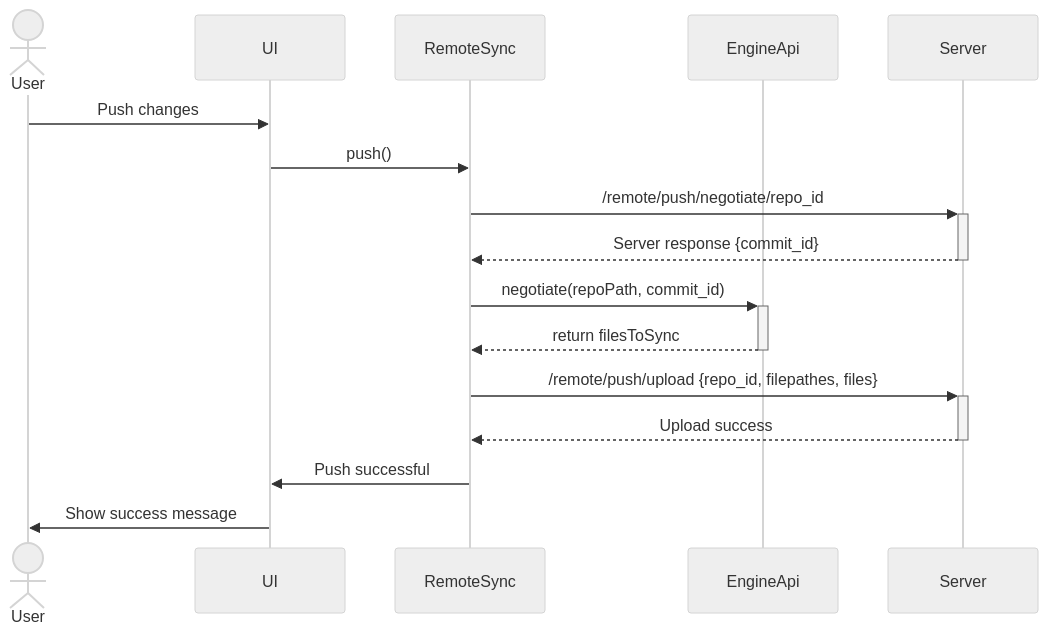
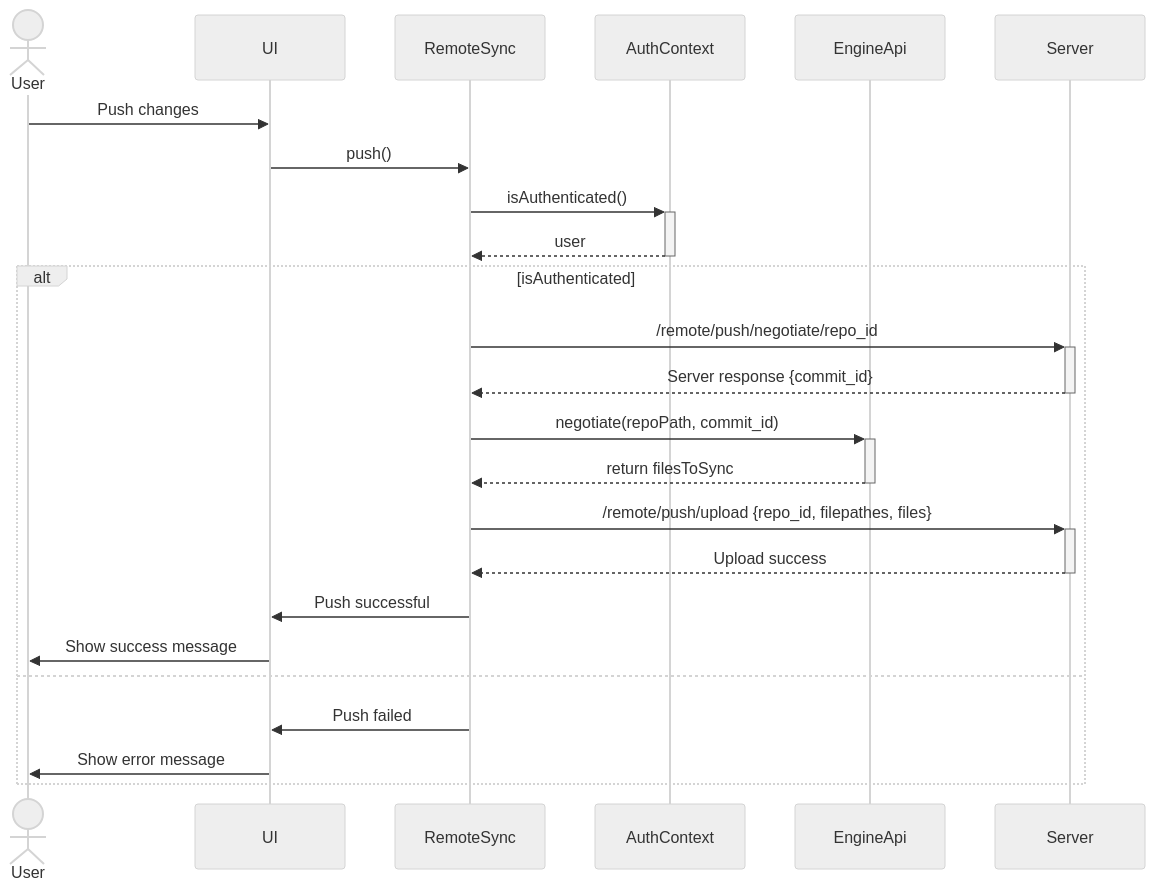
Before and after one commit to devAhmedMustafa/SplitDesktop: the diagram in src/lib/features/remote/sync/Push.flow.mermaid, drawn with Mermaid (neutral theme). The commit also changed 13 other files, not shown here.

Commit message:
RemoteAsync: Push

```diff
--- a/src/lib/features/remote/sync/Push.flow.mermaid
+++ b/src/lib/features/remote/sync/Push.flow.mermaid
@@ -1,17 +1,25 @@
 sequenceDiagram
     actor User
     participant UI
     participant RemoteSync
+    participant AuthContext
     participant EngineApi
     participant Server
 
     User->>UI: Push changes
     UI->>RemoteSync: push()
-    RemoteSync->>+Server: /remote/push/negotiate/repo_id
-    Server-->>-RemoteSync: Server response {commit_id}
-    RemoteSync->>+EngineApi: negotiate(repoPath, commit_id)
-    EngineApi-->>-RemoteSync: return filesToSync
-    RemoteSync->>+Server: /remote/push/upload {repo_id, filepathes, files}
-    Server-->>-RemoteSync: Upload success
-    RemoteSync->>UI: Push successful
-    UI->>User: Show success message
+    RemoteSync ->>+AuthContext: isAuthenticated()
+    AuthContext -->>-RemoteSync: user
+    alt isAuthenticated
+        RemoteSync->>+Server: /remote/push/negotiate/repo_id
+        Server-->>-RemoteSync: Server response {commit_id}
+        RemoteSync->>+EngineApi: negotiate(repoPath, commit_id)
+        EngineApi-->>-RemoteSync: return filesToSync
+        RemoteSync->>+Server: /remote/push/upload {repo_id, filepathes, files}
+        Server-->>-RemoteSync: Upload success
+        RemoteSync->>UI: Push successful
+        UI->>User: Show success message
+    else
+        RemoteSync->>UI: Push failed
+        UI->>User: Show error message
+    end
```
